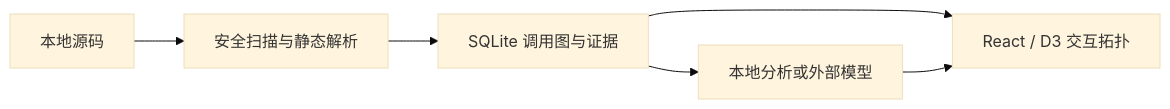
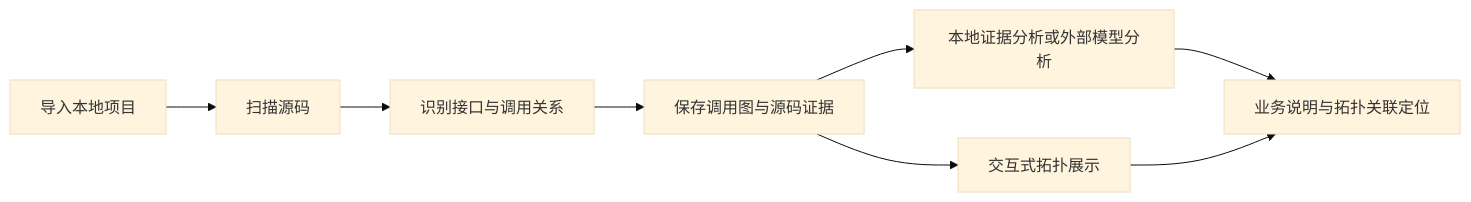
The diagram in README.md (Practice-Pcitc/CallScope), drawn with Mermaid (base theme) before and after one commit. The commit also changed other lines of this file and 1 other file, not shown here.

````diff
--- a/README.md
+++ b/README.md
@@ -17,8 +31,10 @@
 ```mermaid
 flowchart LR
-    A[本地源码] --> B[安全扫描与静态解析]
-    B --> C[SQLite 调用图与证据]
-    C --> D[React / D3 交互拓扑]
-    C --> E[本地分析或外部模型]
-    E --> D
+    A[导入本地项目] --> B[扫描源码]
+    B --> C[识别接口与调用关系]
+    C --> D[保存调用图与源码证据]
+    D --> E[交互式拓扑展示]
+    D --> F[本地证据分析或外部模型分析]
+    F --> G[业务说明与拓扑关联定位]
+    E --> G
 ```
````
